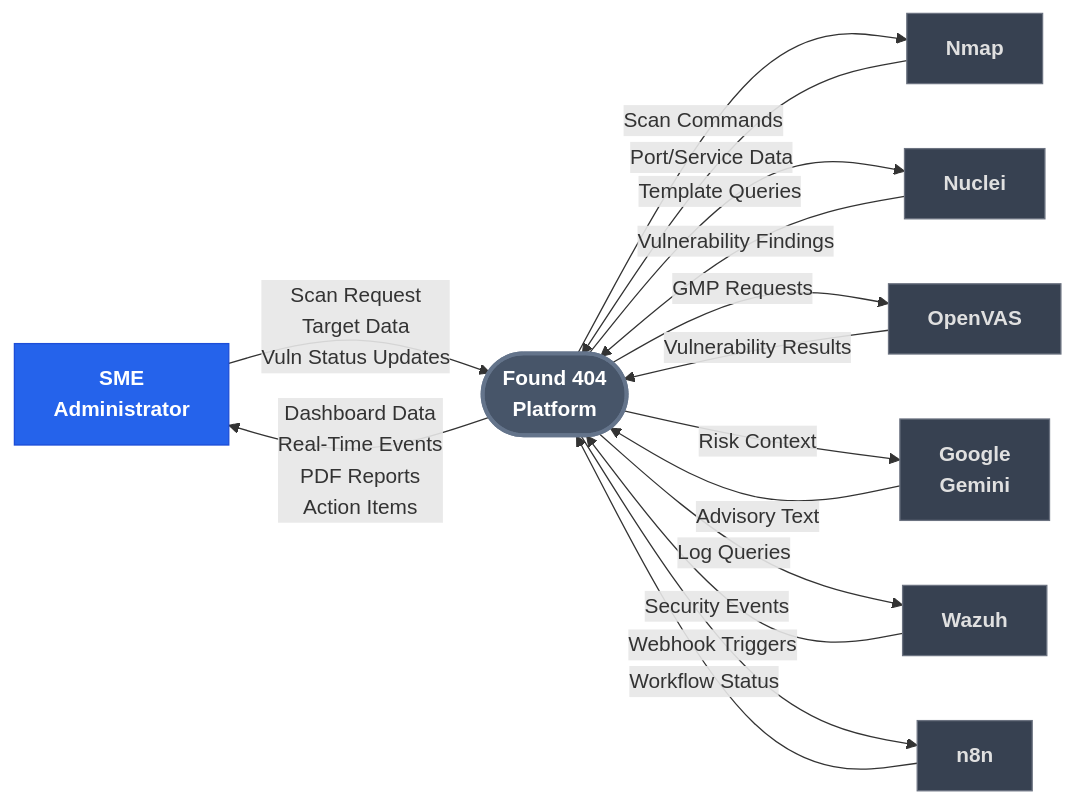
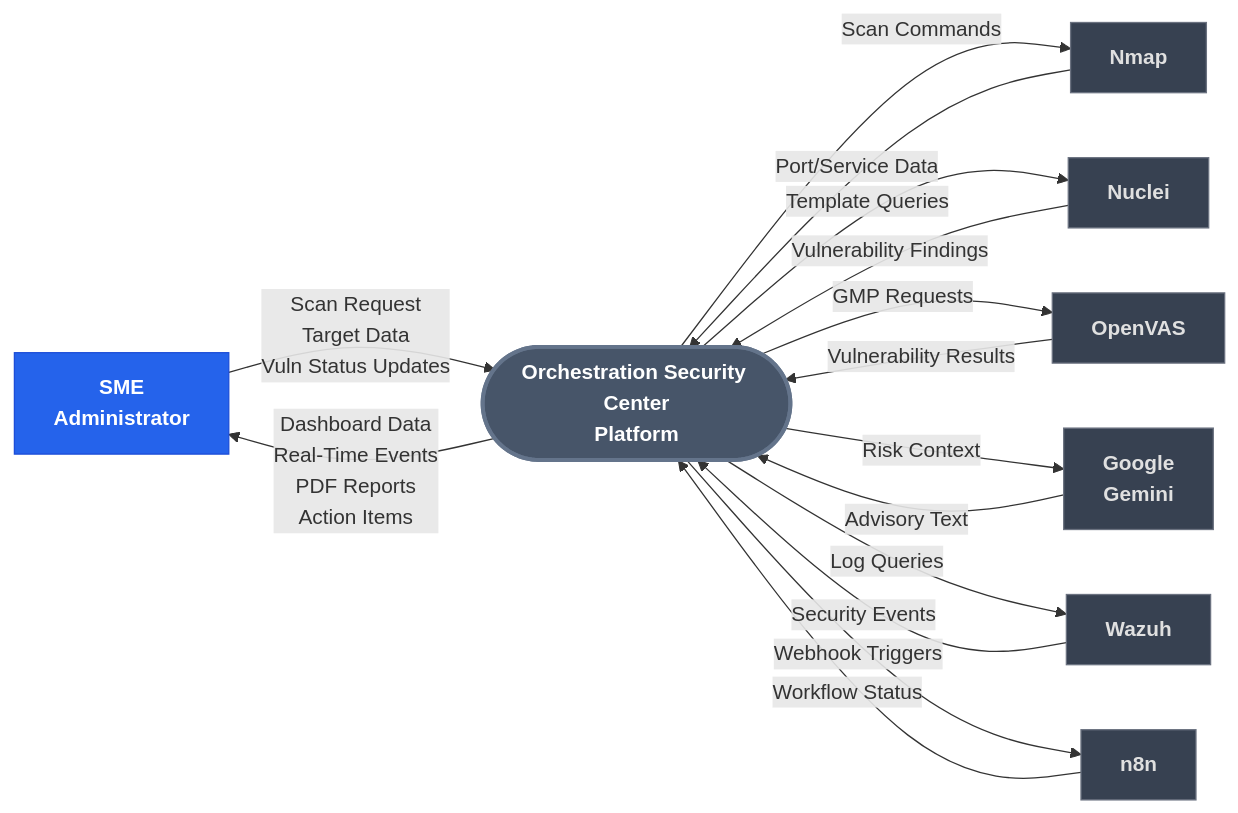
One commit to MazenAlaa305/ORCHESTRATION-SECURITY-CENTER changed the fifth of 17 diagrams in FYP_Figures.md. Above: the diagram before and after it, drawn with Mermaid. The commit also changed other lines of this file and 54 other files, not shown here.

Commit message:
feat: implement backend service architecture and project documentation mirror

````diff
--- a/FYP_Figures.md
+++ b/FYP_Figures.md
@@ -314,41 +314,41 @@
 ```mermaid
 flowchart LR
     ADMIN["<b>SME<br/>Administrator</b>"]
-    SYSTEM(["<b>Found 404<br/>Platform</b>"])
+    SYSTEM(["<b>Orchestration Security Center<br/>Platform</b>"])
     NMAP_E["<b>Nmap</b>"]
     NUCLEI_E["<b>Nuclei</b>"]
     OPENVAS_E["<b>OpenVAS</b>"]
     GEMINI_E["<b>Google<br/>Gemini</b>"]
     WAZUH_E["<b>Wazuh</b>"]
     N8N_E["<b>n8n</b>"]
 
     ADMIN -- "Scan Request<br/>Target Data<br/>Vuln Status Updates" --> SYSTEM
     SYSTEM -- "Dashboard Data<br/>Real-Time Events<br/>PDF Reports<br/>Action Items" --> ADMIN
 
     SYSTEM -- "Scan Commands" --> NMAP_E
     NMAP_E -- "Port/Service Data" --> SYSTEM
 
     SYSTEM -- "Template Queries" --> NUCLEI_E
     NUCLEI_E -- "Vulnerability Findings" --> SYSTEM
 
     SYSTEM -- "GMP Requests" --> OPENVAS_E
     OPENVAS_E -- "Vulnerability Results" --> SYSTEM
 
     SYSTEM -- "Risk Context" --> GEMINI_E
     GEMINI_E -- "Advisory Text" --> SYSTEM
 
     SYSTEM -- "Log Queries" --> WAZUH_E
     WAZUH_E -- "Security Events" --> SYSTEM
 
     SYSTEM -- "Webhook Triggers" --> N8N_E
     N8N_E -- "Workflow Status" --> SYSTEM
 
     style ADMIN fill:#2563eb,stroke:#1d4ed8,color:#fff
     style SYSTEM fill:#475569,stroke:#64748b,color:#fff,stroke-width:3px
     style NMAP_E fill:#374151,stroke:#6b7280,color:#e0e0e0
     style NUCLEI_E fill:#374151,stroke:#6b7280,color:#e0e0e0
     style OPENVAS_E fill:#374151,stroke:#6b7280,color:#e0e0e0
     style GEMINI_E fill:#374151,stroke:#6b7280,color:#e0e0e0
     style WAZUH_E fill:#374151,stroke:#6b7280,color:#e0e0e0
     style N8N_E fill:#374151,stroke:#6b7280,color:#e0e0e0
 ```
````
